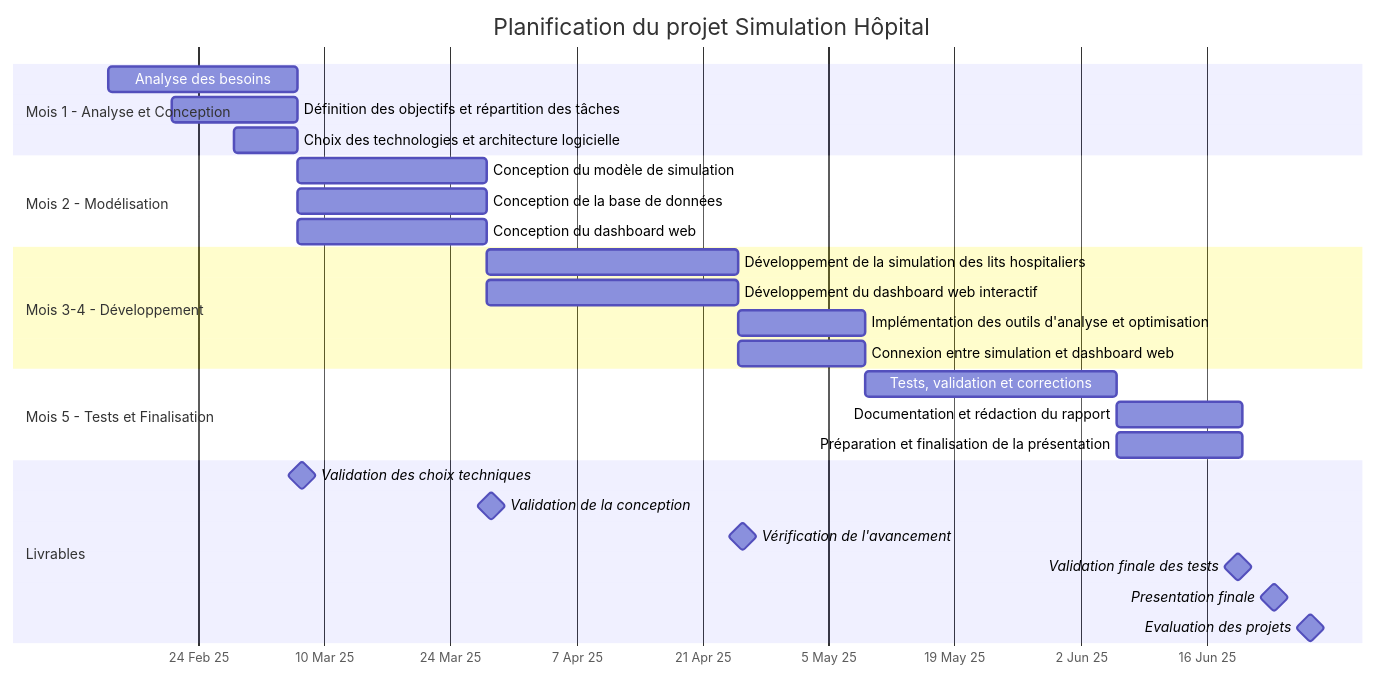
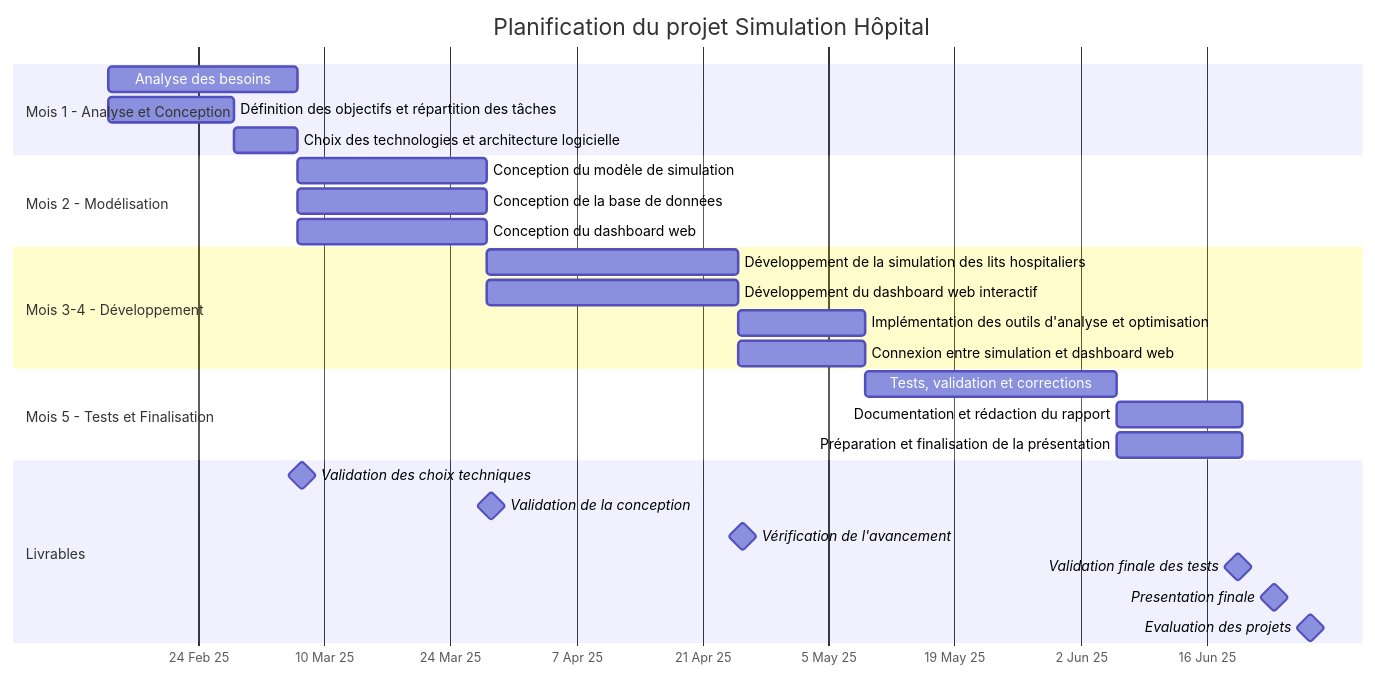
Before and after one commit to carlmonnaert/Medical-AI: the diagram in PLANNING.md, drawn with Mermaid. The commit also changed other lines of this file, not shown here.

````diff
--- a/PLANNING.md
+++ b/PLANNING.md
@@ -1,38 +3,38 @@
 ```mermaid    
     gantt
     title Planification du projet Simulation Hôpital
     dateFormat DD/MM/YYYY
     axisFormat %e %b %y
     tickInterval 2week
     weekday monday
     todayMarker on
 
     section Mois 1 - Analyse et Conception
     Analyse des besoins: 14/02/2025, 3w
-    Définition des objectifs et répartition des tâches: 21/02/2025, 2w
+    Définition des objectifs et répartition des tâches: 14/02/2025, 2w
     Choix des technologies et architecture logicielle: 28/02/2025, 1w
 
     section Mois 2 - Modélisation
     Conception du modèle de simulation: 07/03/2025, 3w
     Conception de la base de données: 07/03/2025, 3w
     Conception du dashboard web: 07/03/2025, 3w
 
     section Mois 3-4 - Développement
     Développement de la simulation des lits hospitaliers: 28/03/2025, 4w
     Développement du dashboard web interactif: 28/03/2025, 4w
     Implémentation des outils d'analyse et optimisation: 25/04/2025, 2w
     Connexion entre simulation et dashboard web: 25/04/2025, 2w
 
     section Mois 5 - Tests et Finalisation
     Tests, validation et corrections: 09/05/2025, 4w
     Documentation et rédaction du rapport: 06/06/2025, 2w
     Préparation et finalisation de la présentation: 06/06/2025, 2w
 
     section Livrables
     Validation des choix techniques: milestone, 07/03/2025, 1d
     Validation de la conception: milestone, 28/03/2025, 1d
     Vérification de l'avancement: milestone, 25/04/2025, 1d
     Validation finale des tests: milestone, 19/06/2025, 1d
     Presentation finale: milestone, 20/06/2025, 7d
     Evaluation des projets: milestone, 27/06/2025, 1d
 ```
````
